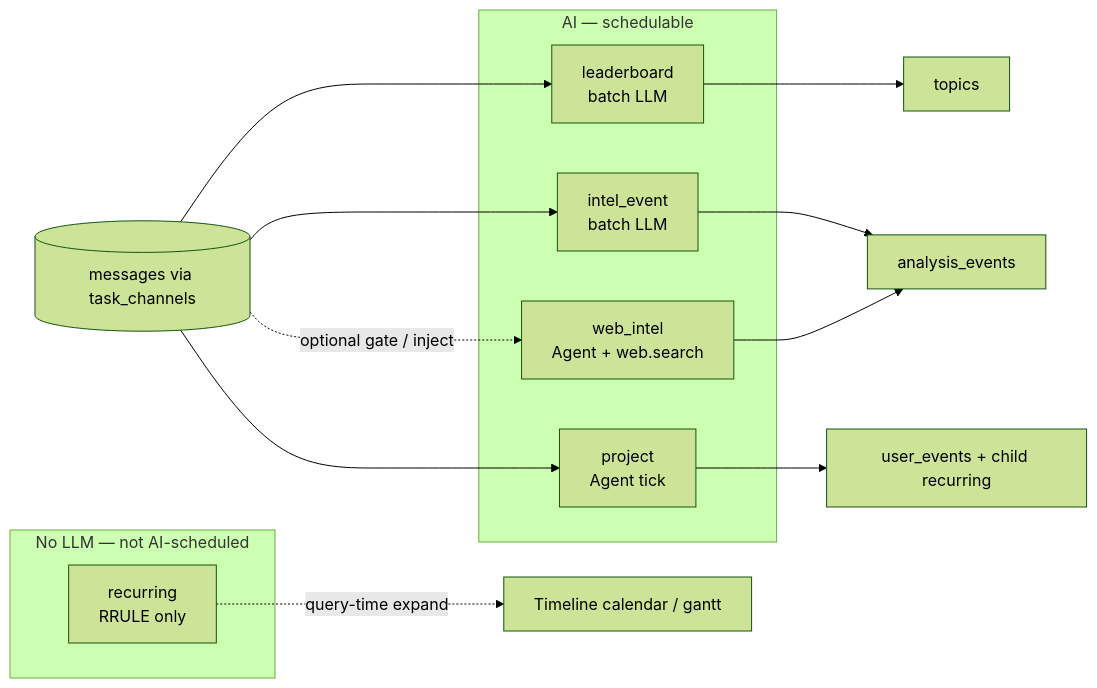
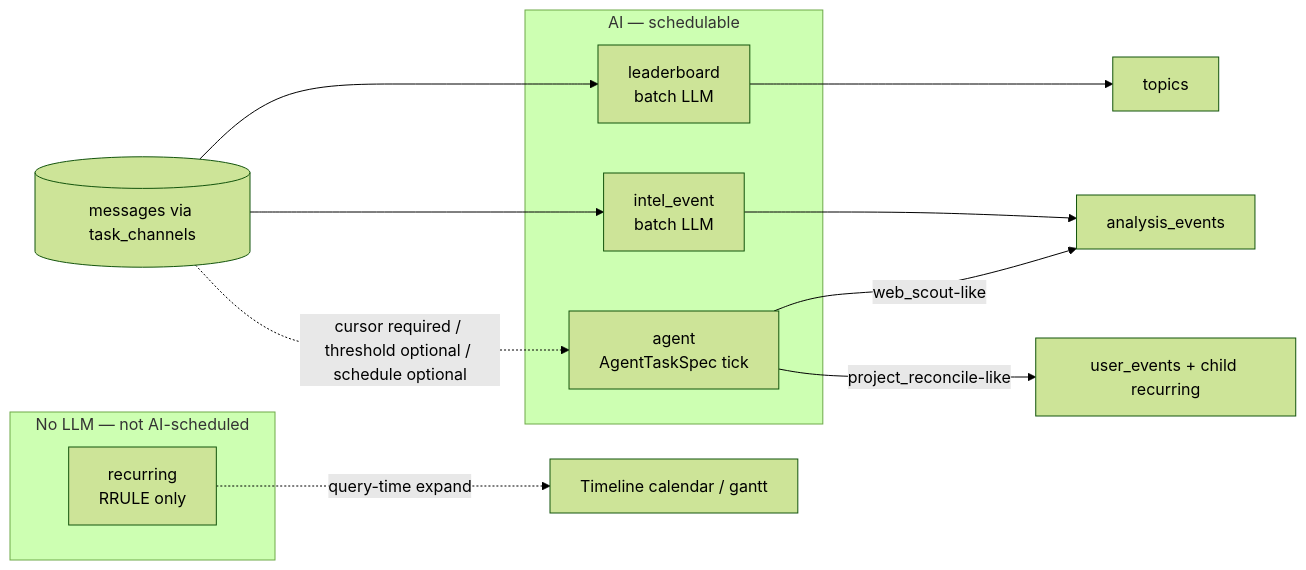
Before and after one commit to Wing9897/im: the second of 4 diagrams in docs/diagrams/README.md, drawn with Mermaid (forest theme). The commit also changed other lines of this file and 236 other files, not shown here.

````diff
--- a/docs/diagrams/README.md
+++ b/docs/diagrams/README.md
@@ -64,21 +63,20 @@
 ```mermaid
 flowchart LR
   subgraph AI["AI — schedulable"]
     L[leaderboard<br/>batch LLM]
     E[intel_event<br/>batch LLM]
-    W[web_intel<br/>Agent + web.search]
-    P[project<br/>Agent tick]
+    A[agent<br/>AgentTaskSpec tick]
   end
 
   subgraph NOAI["No LLM — not AI-scheduled"]
     R[recurring<br/>RRULE only]
   end
 
-  MSG[(messages via task_channels)] --> L & E & P
-  MSG -.->|"optional gate / inject"| W
+  MSG[(messages via task_channels)] --> L & E
+  MSG -.->|"cursor required / threshold optional / schedule optional"| A
   R -.->|"query-time expand"| CAL[Timeline calendar / gantt]
   L --> OUT1[topics]
   E --> OUT2[analysis_events]
-  W --> OUT2
-  P --> OUT3[user_events + child recurring]
+  A -->|"web_scout-like"| OUT2
+  A -->|"project_reconcile-like"| OUT3[user_events + child recurring]
 ```
````
